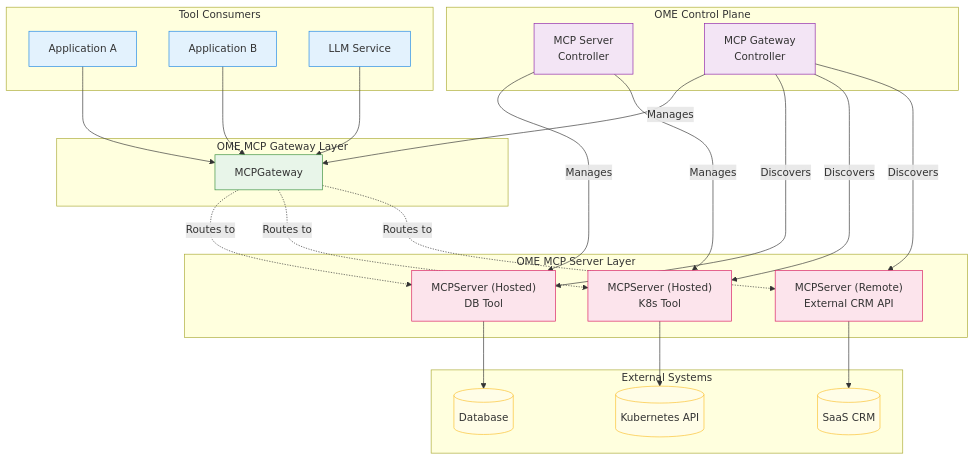
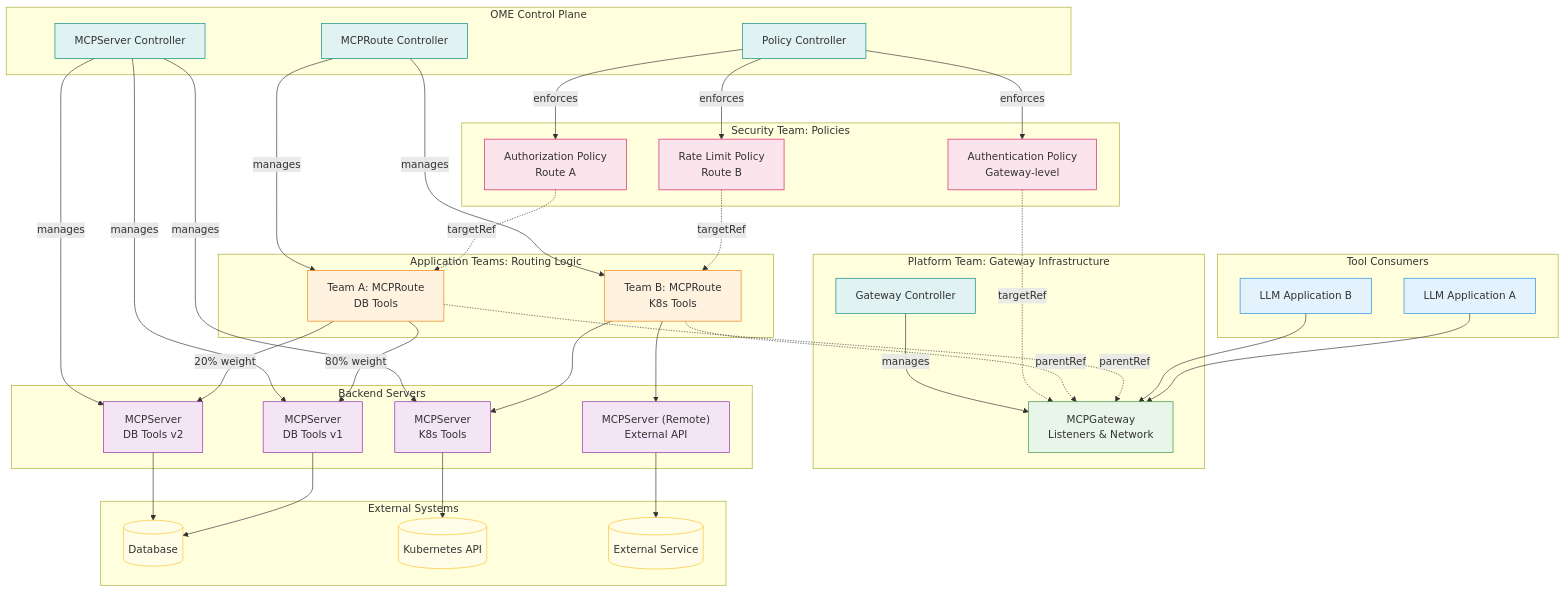
The diagram in oeps/0005-mcp-support/README.md (sgl-project/ome), drawn with Mermaid before and after one commit. The commit also changed other lines of this file, not shown here.

Commit message:
updated design with server gateway and route

````diff
--- a/oeps/0005-mcp-support/README.md
+++ b/oeps/0005-mcp-support/README.md
@@ -501,63 +1007,95 @@
 ```mermaid
 graph TD
     subgraph "Tool Consumers"
-        App1["Application A"]
-        App2["Application B"]
-        LLM["LLM Service"]
+        App1["LLM Application A"]
+        App2["LLM Application B"]
     end
 
-    subgraph "OME MCP Gateway Layer"
-        MCPG["MCPGateway"]
+    subgraph "Platform Team: Gateway Infrastructure"
+        MCPG["MCPGateway<br/>Listeners & Network"]
+        GWController["Gateway Controller"]
     end
 
-    subgraph "OME MCP Server Layer"
-        MCPS1["MCPServer (Hosted)<br/>DB Tool"]
-        MCPS2["MCPServer (Hosted)<br/>K8s Tool"]
-        MCPS3["MCPServer (Remote)<br/>External CRM API"]
+    subgraph "Application Teams: Routing Logic"
+        Route1["Team A: MCPRoute<br/>DB Tools"]
+        Route2["Team B: MCPRoute<br/>K8s Tools"]
+    end
+
+    subgraph "Security Team: Policies"
+        AuthPolicy["Authentication Policy<br/>Gateway-level"]
+        AuthzPolicy1["Authorization Policy<br/>Route A"]
+        RatePolicy2["Rate Limit Policy<br/>Route B"]
+    end
+
+    subgraph "Backend Servers"
+        Server1["MCPServer<br/>DB Tools v1"]
+        Server2["MCPServer<br/>DB Tools v2"]
+        Server3["MCPServer<br/>K8s Tools"]
+        Server4["MCPServer (Remote)<br/>External API"]
     end
 
     subgraph "External Systems"
         DB[("Database")]
         K8sAPI[("Kubernetes API")]
-        CRM[("SaaS CRM")]
-    end
-    
-    subgraph "OME Control Plane"
-        MCPController["MCP Server<br/>Controller"]
-        MCPGController["MCP Gateway<br/>Controller"]
+        External[("External Service")]
     end
 
-    %% Connections
+    subgraph "OME Control Plane"
+        ServerController["MCPServer Controller"]
+        RouteController["MCPRoute Controller"]
+        PolicyController["Policy Controller"]
+    end
+
+    %% Traffic Flow
     App1 --> MCPG
     App2 --> MCPG
-    LLM --> MCPG
 
-    MCPG -.->|Routes to| MCPS1
-    MCPG -.->|Routes to| MCPS2
-    MCPG -.->|Routes to| MCPS3
+    %% Route Attachment
+    Route1 -.parentRef.-> MCPG
+    Route2 -.parentRef.-> MCPG
 
-    MCPS1 --> DB
-    MCPS2 --> K8sAPI
-    MCPS3 --> CRM
-    
-    MCPController -->|Manages| MCPS1
-    MCPController -->|Manages| MCPS2
-    
-    MCPGController -->|Manages| MCPG
-    MCPGController -->|Discovers| MCPS1
-    MCPGController -->|Discovers| MCPS2
-    MCPGController -->|Discovers| MCPS3
+    %% Policy Attachment
+    AuthPolicy -.targetRef.-> MCPG
+    AuthzPolicy1 -.targetRef.-> Route1
+    RatePolicy2 -.targetRef.-> Route2
+
+    %% Routing to Backends
+    Route1 -->|80% weight| Server1
+    Route1 -->|20% weight| Server2
+    Route2 --> Server3
+    Route2 --> Server4
+
+    %% Backend to External
+    Server1 --> DB
+    Server2 --> DB
+    Server3 --> K8sAPI
+    Server4 --> External
+
+    %% Control Plane
+    GWController -->|manages| MCPG
+    RouteController -->|manages| Route1
+    RouteController -->|manages| Route2
+    ServerController -->|manages| Server1
+    ServerController -->|manages| Server2
+    ServerController -->|manages| Server3
+    PolicyController -->|enforces| AuthPolicy
+    PolicyController -->|enforces| AuthzPolicy1
+    PolicyController -->|enforces| RatePolicy2
 
     %% Styling
     classDef consumer fill:#e3f2fd,stroke:#1e88e5
     classDef gateway fill:#e8f5e9,stroke:#388e3c
-    classDef server fill:#fce4ec,stroke:#d81b60
+    classDef route fill:#fff3e0,stroke:#f57c00
+    classDef policy fill:#fce4ec,stroke:#d81b60
+    classDef server fill:#f3e5f5,stroke:#8e24aa
     classDef external fill:#fffde7,stroke:#fbc02d
-    classDef controller fill:#f3e5f5,stroke:#8e24aa
-    
-    class App1,App2,LLM consumer;
+    classDef controller fill:#e0f2f1,stroke:#00897b
+
+    class App1,App2 consumer;
     class MCPG gateway;
-    class MCPS1,MCPS2,MCPS3 server;
-    class DB,K8sAPI,CRM external;
-    class MCPController,MCPGController controller;
+    class Route1,Route2 route;
+    class AuthPolicy,AuthzPolicy1,RatePolicy2 policy;
+    class Server1,Server2,Server3,Server4 server;
+    class DB,K8sAPI,External external;
+    class GWController,ServerController,RouteController,PolicyController controller;
 ```
````
